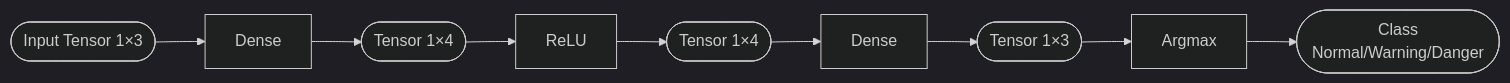
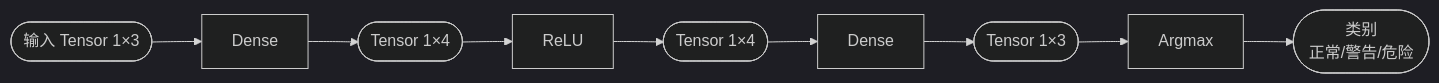
One commit to Awesome-Embedded-Learning-Studio/Tutorial_AwesomeModernCPP changed the diagram in documents/en/vol8-domains/ai/tiny_ml/stage1/02-tensor-in-neural-network.md. Above: the diagram before and after it, drawn with Mermaid (dark theme). The commit also changed other lines of this file and 749 other files, not shown here.

````diff
--- a/documents/en/vol8-domains/ai/tiny_ml/stage1/02-tensor-in-neural-network.md
+++ b/documents/en/vol8-domains/ai/tiny_ml/stage1/02-tensor-in-neural-network.md
@@ -68,11 +68,11 @@
 ```mermaid
 flowchart LR
-    A(["Input Tensor 1×3"]) --> B["Dense"]
+    A(["输入 Tensor 1×3"]) --> B["Dense"]
     B --> C(["Tensor 1×4"])
     C --> D["ReLU"]
     D --> E(["Tensor 1×4"])
     E --> F["Dense"]
     F --> G(["Tensor 1×3"])
     G --> H["Argmax"]
-    H --> I(["Class<br/>Normal/Warning/Danger"])
+    H --> I(["类别<br/>正常/警告/危险"])
 ```
````
